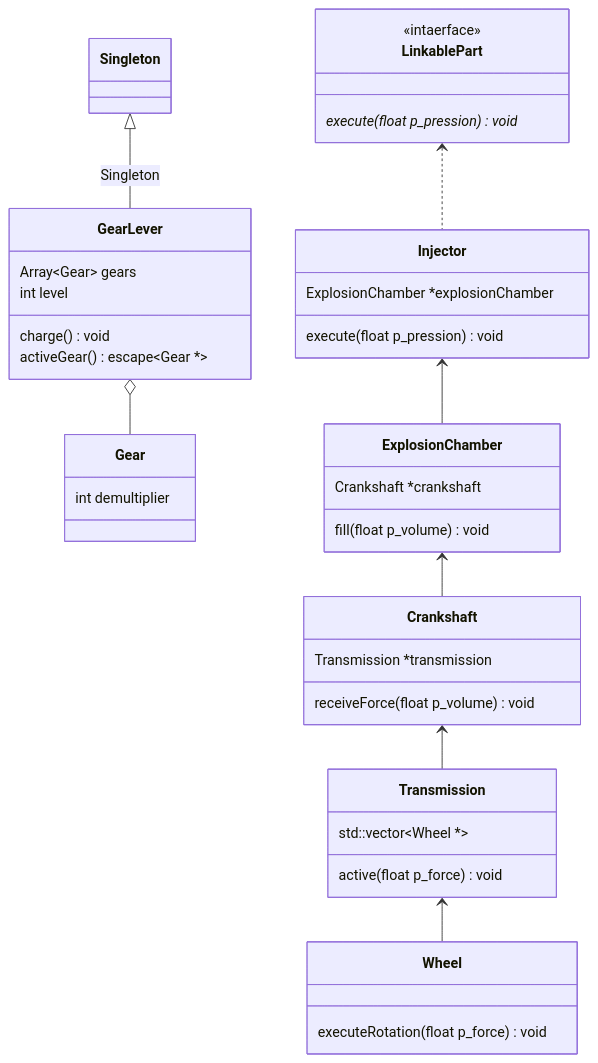
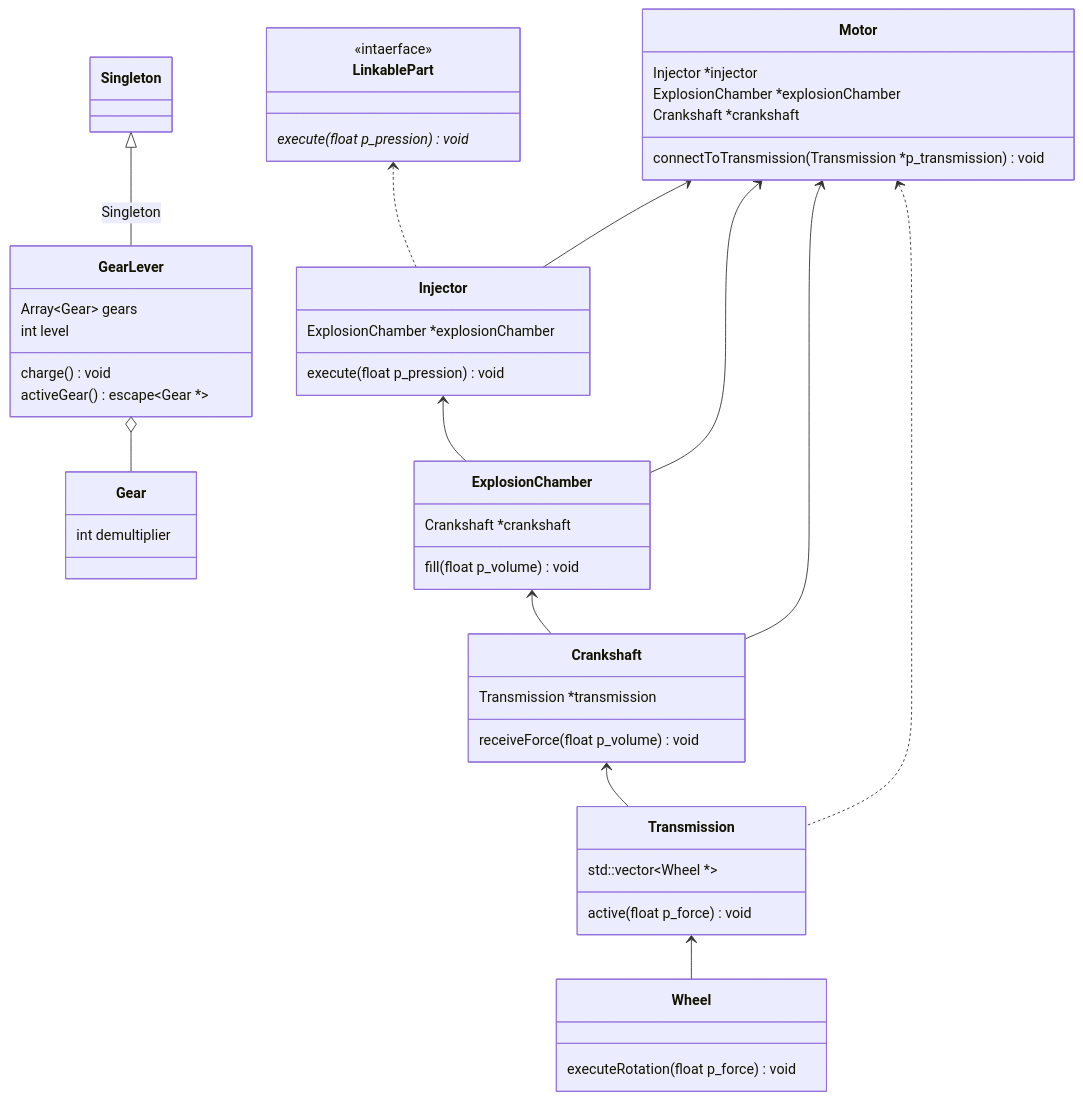
Before and after one commit to PalmNeko/piscine-object02-UML: the diagram in subject.md, drawn with Mermaid.

Commit message:
add: Motor

````diff
--- a/subject.md
+++ b/subject.md
@@ -2,60 +2,71 @@
 ```mermaid
 classDiagram
     direction TB
 
     GearLever o-- Gear
 
     Singleton <|-- GearLever : Singleton<GearLever>
 
     ExplosionChamber <-- Crankshaft
     Crankshaft <-- Transmission
     Transmission <-- Wheel
 
     Injector <-- ExplosionChamber
     LinkablePart <.. Injector
+
+    Motor <-- Injector
+    Motor <-- ExplosionChamber
+    Motor <-- Crankshaft
+    Motor <.. Transmission
 
     class LinkablePart {
         <<intaerface>>
         execute(float p_pression)* void
     }
 
     class Wheel {
         executeRotation(float p_force) void
     }
 
     class Gear {
         int demultiplier
     }
 
     class Singleton {
         %% TODO
     }
 
     class GearLever {
         Array~Gear~ gears
         int level
         charge() void
         activeGear() escape~Gear *~
     }
 
     class Transmission {
         std::vector~Wheel *~
         active(float p_force) void
     }
 
     class Crankshaft {
         Transmission *transmission
         receiveForce(float p_volume) void
     }
 
     class ExplosionChamber {
         Crankshaft *crankshaft
         fill(float p_volume) void
     }
 
     class Injector {
         ExplosionChamber *explosionChamber
         execute(float p_pression) void
     }
 
+    class Motor {
+        Injector *injector
+        ExplosionChamber *explosionChamber
+        Crankshaft *crankshaft
+        connectToTransmission(Transmission *p_transmission) void
+    }
 ```
````
